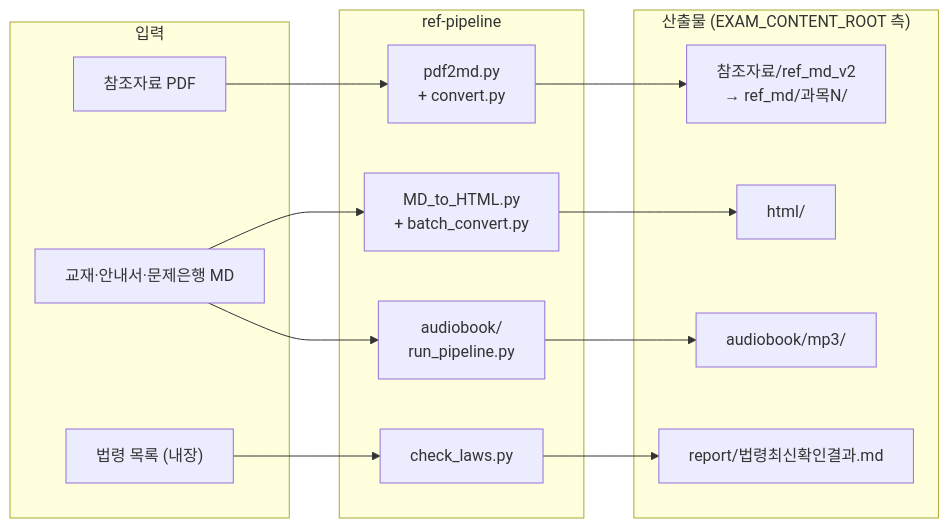
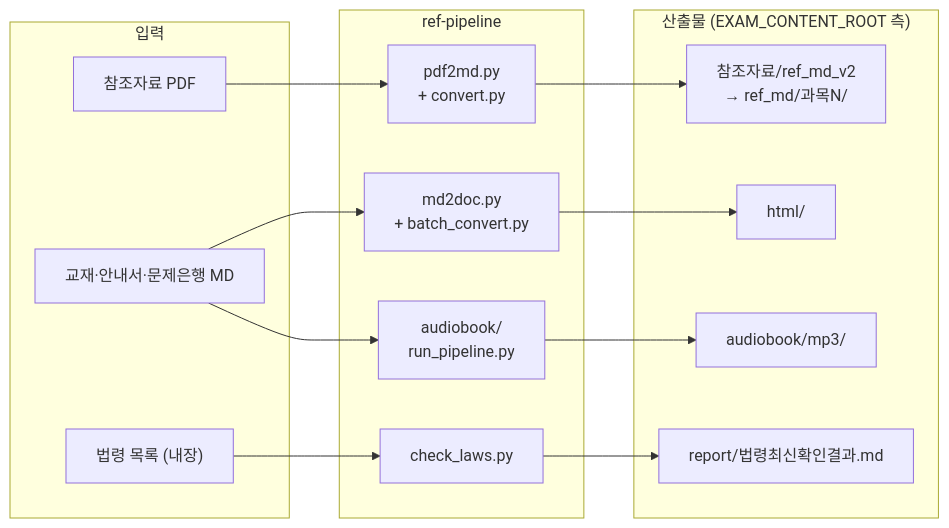
The first of 3 diagrams in ref-pipeline/README.md (skygoldlee-cyber/Personalized_Skincare), drawn with Mermaid before and after one commit. The commit also changed other lines of this file and 9 other files, not shown here.

````diff
--- a/ref-pipeline/README.md
+++ b/ref-pipeline/README.md
@@ -9,27 +9,27 @@
 ```mermaid
 flowchart LR
     subgraph 입력
         PDF["참조자료 PDF"]
         MD["교재·안내서·문제은행 MD"]
         LAWS["법령 목록 (내장)"]
     end
 
     subgraph "ref-pipeline"
         P1["pdf2md.py<br/>+ convert.py"]
-        P2["MD_to_HTML.py<br/>+ batch_convert.py"]
+        P2["md2doc.py<br/>+ batch_convert.py"]
         P3["audiobook/<br/>run_pipeline.py"]
         P4["check_laws.py"]
     end
 
     subgraph "산출물 (EXAM_CONTENT_ROOT 측)"
         O1["참조자료/ref_md_v2<br/>→ ref_md/과목N/"]
         O2["html/"]
         O3["audiobook/mp3/"]
         O4["report/법령최신확인결과.md"]
     end
 
     PDF --> P1 --> O1
     MD --> P2 --> O2
     MD --> P3 --> O3
     LAWS --> P4 --> O4
 ```
````
